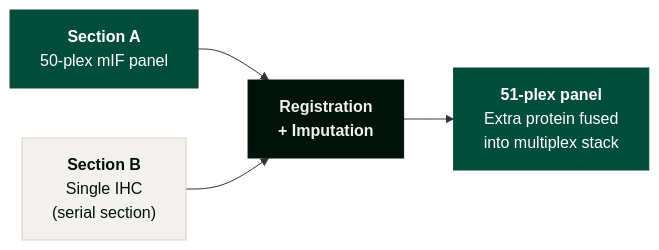
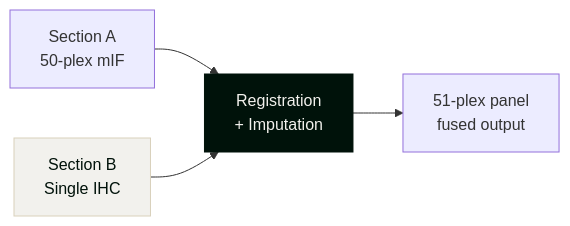
One commit to Strand-AI/figma-slides-mcp changed the third of 3 diagrams in elucidate.md. Above: the diagram before and after it, drawn with Mermaid. The commit also changed other lines of this file and 8 other files, not shown here.

First line of the commit message:
Add Mermaid dev workflow with live reload, fix CI symlink loop

````diff
--- a/elucidate.md
+++ b/elucidate.md
@@ -242,10 +240,8 @@
 ```mermaid
 graph LR
-    A["<b>Section A</b><br/>50-plex mIF panel"] --> C["<b>Registration<br/>+ Imputation</b>"]
-    B["<b>Section B</b><br/>Single IHC<br/>(serial section)"] --> C
-    C --> D["<b>51-plex panel</b><br/>Extra protein fused<br/>into multiplex stack"]
-    style A fill:#004D3B,color:#fff,stroke:#004D3B
+    A["Section A<br/>50-plex mIF"] --> C["Registration<br/>+ Imputation"]
+    B["Section B<br/>Single IHC"] --> C
+    C --> D["51-plex panel<br/>fused output"]
     style B fill:#F2F1ED,color:#00120A,stroke:#D9D1BB
     style C fill:#00120A,color:#F2F1ED,stroke:#00120A
-    style D fill:#004D3B,color:#fff,stroke:#004D3B
 ```
````
